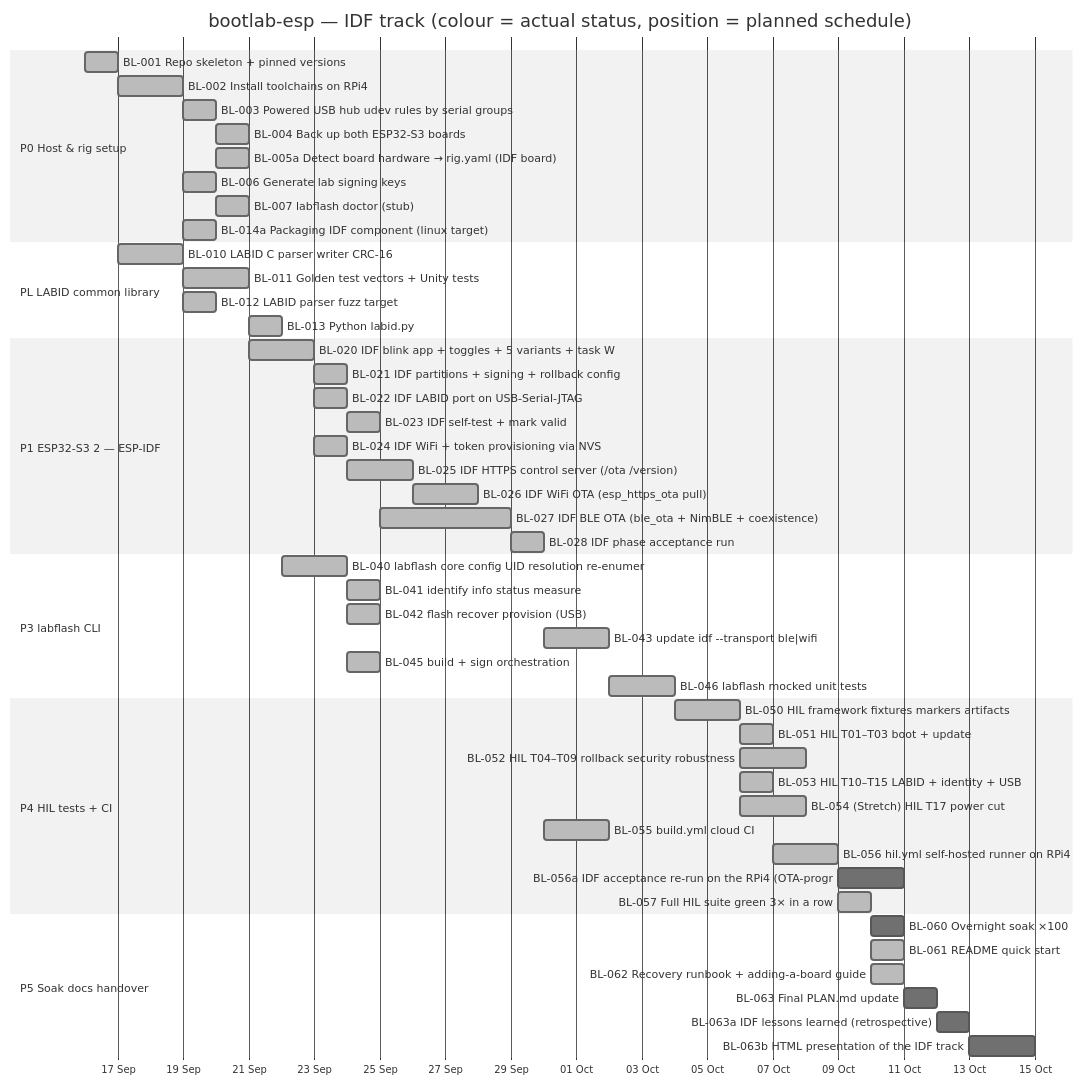
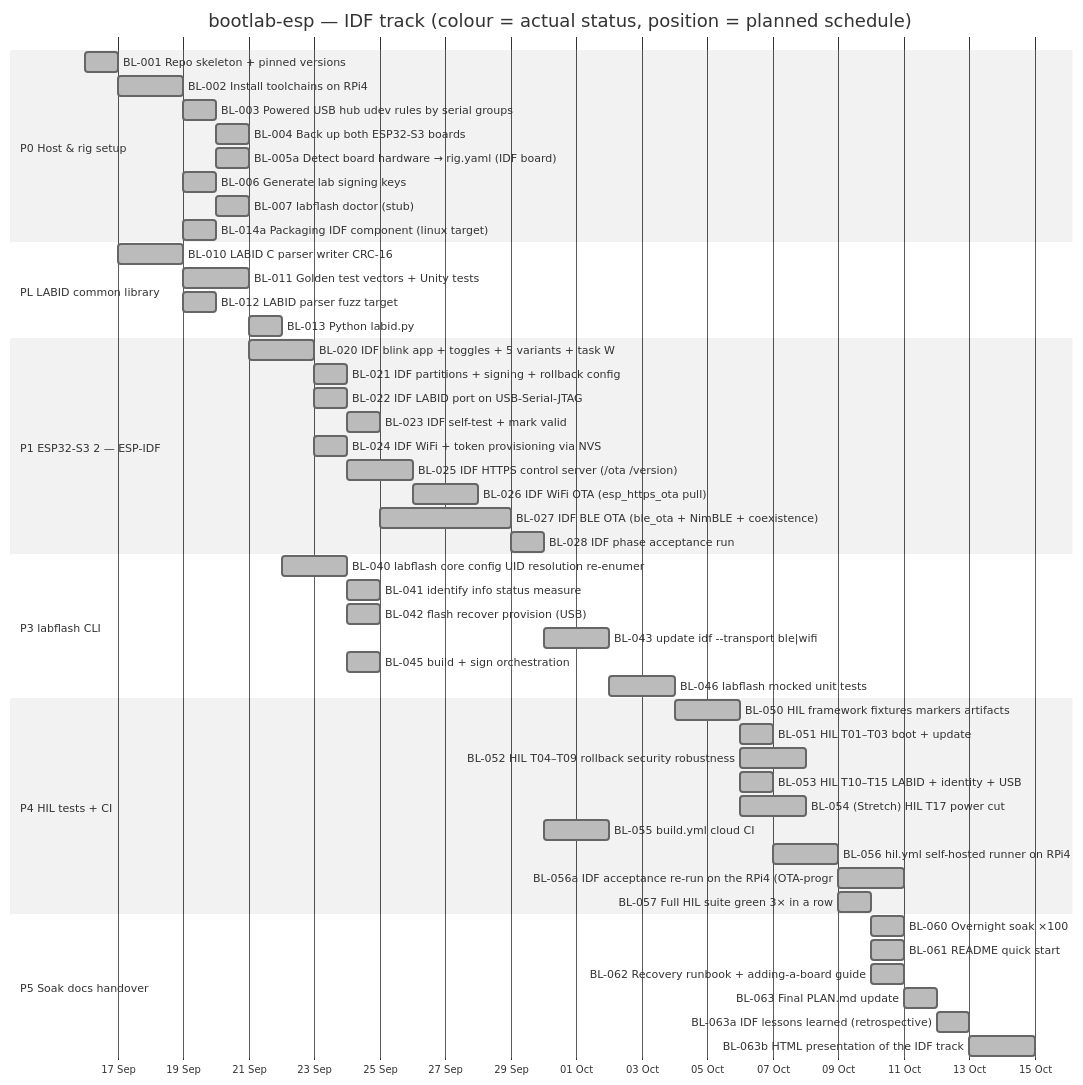
Before and after one commit to mohamed-soubhi/bootlab-esp: the first of 2 diagrams in tickets/GANTT.md, drawn with Mermaid (neutral theme). The commit also changed other lines of this file and 15 other files, not shown here.

````diff
--- a/tickets/GANTT.md
+++ b/tickets/GANTT.md
@@ -28,55 +28,55 @@
 ```mermaid
 gantt
     title bootlab-esp — IDF track (colour = actual status, position = planned schedule)
     dateFormat YYYY-MM-DD
     axisFormat %d %b
     todayMarker stroke-width:3px,stroke:#f80,opacity:0.7
     section P0 Host & rig setup
     BL-001 Repo skeleton + pinned versions :done, bl001, 2026-09-16, 1d
     BL-002 Install toolchains on RPi4 :done, bl002, 2026-09-17, 2d
     BL-003 Powered USB hub udev rules by serial groups :done, bl003, 2026-09-19, 1d
     BL-004 Back up both ESP32-S3 boards :done, bl004, 2026-09-20, 1d
     BL-005a Detect board hardware → rig.yaml (IDF board) :done, bl005a, 2026-09-20, 1d
     BL-006 Generate lab signing keys :done, bl006, 2026-09-19, 1d
     BL-007 labflash doctor (stub) :done, bl007, 2026-09-20, 1d
     BL-014a Packaging IDF component (linux target) :done, bl014a, 2026-09-19, 1d
     section PL LABID common library
     BL-010 LABID C parser writer CRC-16 :done, bl010, 2026-09-17, 2d
     BL-011 Golden test vectors + Unity tests :done, bl011, 2026-09-19, 2d
     BL-012 LABID parser fuzz target :done, bl012, 2026-09-19, 1d
     BL-013 Python labid.py :done, bl013, 2026-09-21, 1d
     section P1 ESP32-S3 2 — ESP-IDF
     BL-020 IDF blink app + toggles + 5 variants + task W :done, bl020, 2026-09-21, 2d
     BL-021 IDF partitions + signing + rollback config :done, bl021, 2026-09-23, 1d
     BL-022 IDF LABID port on USB-Serial-JTAG :done, bl022, 2026-09-23, 1d
     BL-023 IDF self-test + mark valid :done, bl023, 2026-09-24, 1d
     BL-024 IDF WiFi + token provisioning via NVS :done, bl024, 2026-09-23, 1d
     BL-025 IDF HTTPS control server (/ota /version) :done, bl025, 2026-09-24, 2d
     BL-026 IDF WiFi OTA (esp_https_ota pull) :done, bl026, 2026-09-26, 2d
     BL-027 IDF BLE OTA (ble_ota + NimBLE + coexistence) :done, bl027, 2026-09-25, 4d
     BL-028 IDF phase acceptance run :done, bl028, 2026-09-29, 1d
     section P3 labflash CLI
     BL-040 labflash core config UID resolution re-enumer :done, bl040, 2026-09-22, 2d
     BL-041 identify info status measure :done, bl041, 2026-09-24, 1d
     BL-042 flash recover provision (USB) :done, bl042, 2026-09-24, 1d
     BL-043 update idf --transport ble|wifi :done, bl043, 2026-09-30, 2d
     BL-045 build + sign orchestration :done, bl045, 2026-09-24, 1d
     BL-046 labflash mocked unit tests :done, bl046, 2026-10-02, 2d
     section P4 HIL tests + CI
     BL-050 HIL framework fixtures markers artifacts :done, bl050, 2026-10-04, 2d
     BL-051 HIL T01–T03 boot + update :done, bl051, 2026-10-06, 1d
     BL-052 HIL T04–T09 rollback security robustness :done, bl052, 2026-10-06, 2d
     BL-053 HIL T10–T15 LABID + identity + USB :done, bl053, 2026-10-06, 1d
     BL-054 (Stretch) HIL T17 power cut :done, bl054, 2026-10-06, 2d
     BL-055 build.yml cloud CI :done, bl055, 2026-09-30, 2d
     BL-056 hil.yml self-hosted runner on RPi4 :done, bl056, 2026-10-07, 2d
-    BL-056a IDF acceptance re-run on the RPi4 (OTA-progr :bl056a, 2026-10-09, 2d
+    BL-056a IDF acceptance re-run on the RPi4 (OTA-progr :done, bl056a, 2026-10-09, 2d
     BL-057 Full HIL suite green 3× in a row :done, bl057, 2026-10-09, 1d
     section P5 Soak docs handover
-    BL-060 Overnight soak ×100 :bl060, 2026-10-10, 1d
+    BL-060 Overnight soak ×100 :done, bl060, 2026-10-10, 1d
     BL-061 README quick start :done, bl061, 2026-10-10, 1d
     BL-062 Recovery runbook + adding-a-board guide :done, bl062, 2026-10-10, 1d
-    BL-063 Final PLAN.md update :bl063, 2026-10-11, 1d
-    BL-063a IDF lessons learned (retrospective) :bl063a, 2026-10-12, 1d
-    BL-063b HTML presentation of the IDF track :bl063b, 2026-10-13, 2d
+    BL-063 Final PLAN.md update :done, bl063, 2026-10-11, 1d
+    BL-063a IDF lessons learned (retrospective) :done, bl063a, 2026-10-12, 1d
+    BL-063b HTML presentation of the IDF track :done, bl063b, 2026-10-13, 2d
 ```
````
